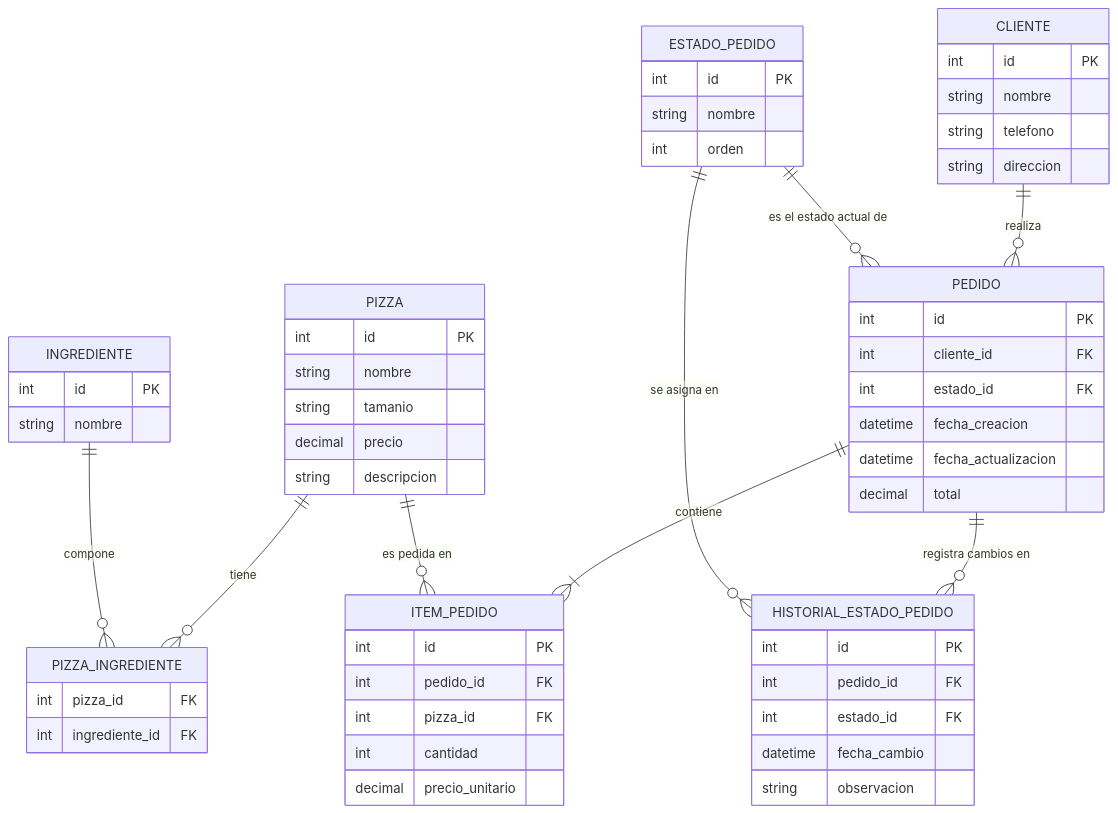
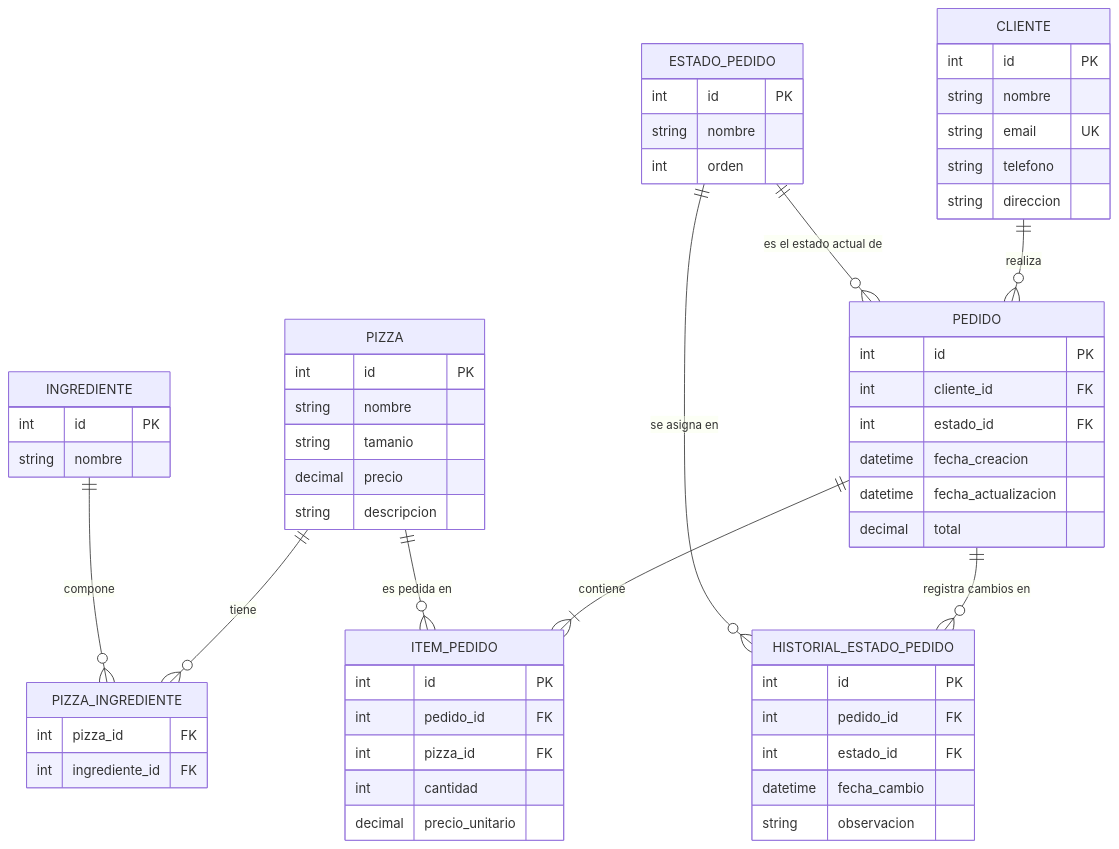
Before and after one commit to MonkiCapo/Trabajos2026: the second of 3 diagrams in Plan3.2/Relevamiento.md, drawn with Mermaid. The commit also changed other lines of this file and 140 other files, not shown here.

````diff
--- a/Plan3.2/Relevamiento.md
+++ b/Plan3.2/Relevamiento.md
@@ -102,69 +103,70 @@
 ```mermaid
 erDiagram
     CLIENTE {
         int id PK
         string nombre
+        string email UK
         string telefono
         string direccion
     }
 
     PIZZA {
         int id PK
         string nombre
         string tamanio
         decimal precio
         string descripcion
     }
 
     INGREDIENTE {
         int id PK
         string nombre
     }
 
     PIZZA_INGREDIENTE {
         int pizza_id FK
         int ingrediente_id FK
     }
 
     ESTADO_PEDIDO {
         int id PK
         string nombre
         int orden
     }
 
     PEDIDO {
         int id PK
         int cliente_id FK
         int estado_id FK
         datetime fecha_creacion
         datetime fecha_actualizacion
         decimal total
     }
 
     ITEM_PEDIDO {
         int id PK
         int pedido_id FK
         int pizza_id FK
         int cantidad
         decimal precio_unitario
     }
 
     HISTORIAL_ESTADO_PEDIDO {
         int id PK
         int pedido_id FK
         int estado_id FK
         datetime fecha_cambio
         string observacion
     }
 
     CLIENTE ||--o{ PEDIDO : "realiza"
     PEDIDO ||--|{ ITEM_PEDIDO : "contiene"
     PIZZA ||--o{ ITEM_PEDIDO : "es pedida en"
 
     PIZZA ||--o{ PIZZA_INGREDIENTE : "tiene"
     INGREDIENTE ||--o{ PIZZA_INGREDIENTE : "compone"
 
     ESTADO_PEDIDO ||--o{ PEDIDO : "es el estado actual de"
     PEDIDO ||--o{ HISTORIAL_ESTADO_PEDIDO : "registra cambios en"
     ESTADO_PEDIDO ||--o{ HISTORIAL_ESTADO_PEDIDO : "se asigna en"
 ```
````
